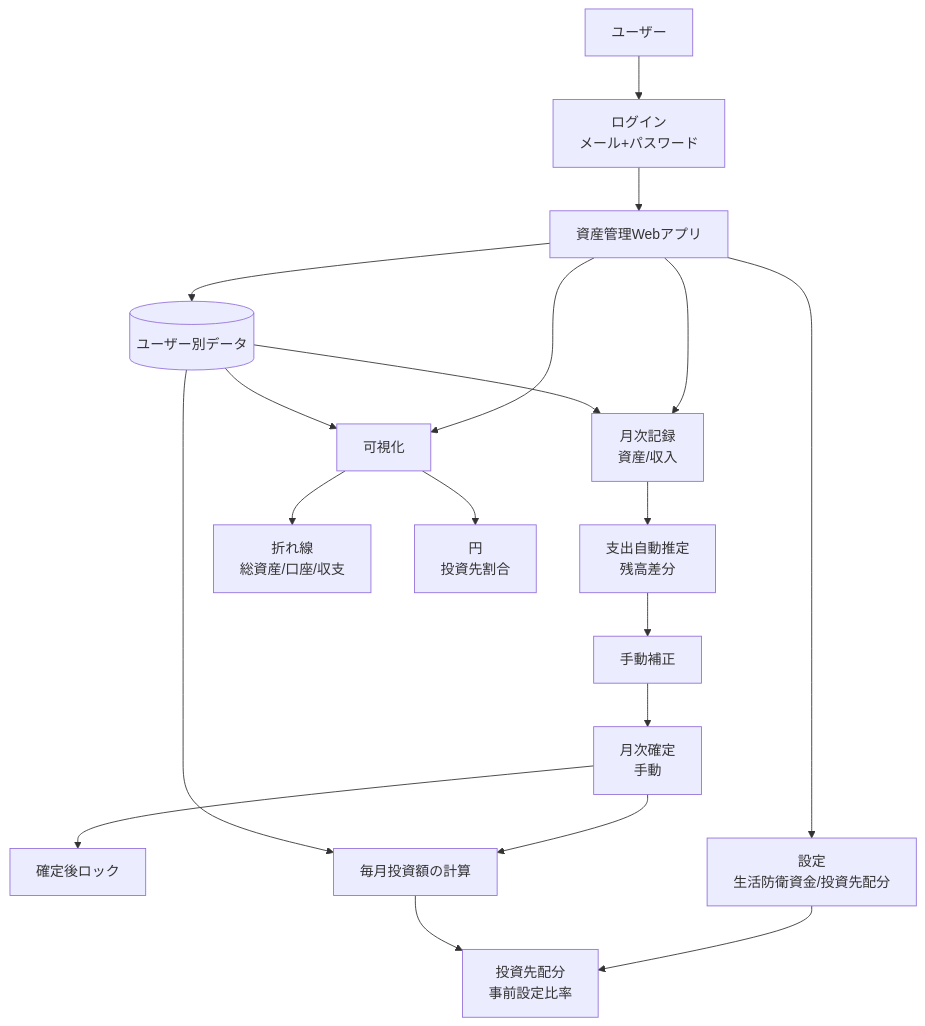
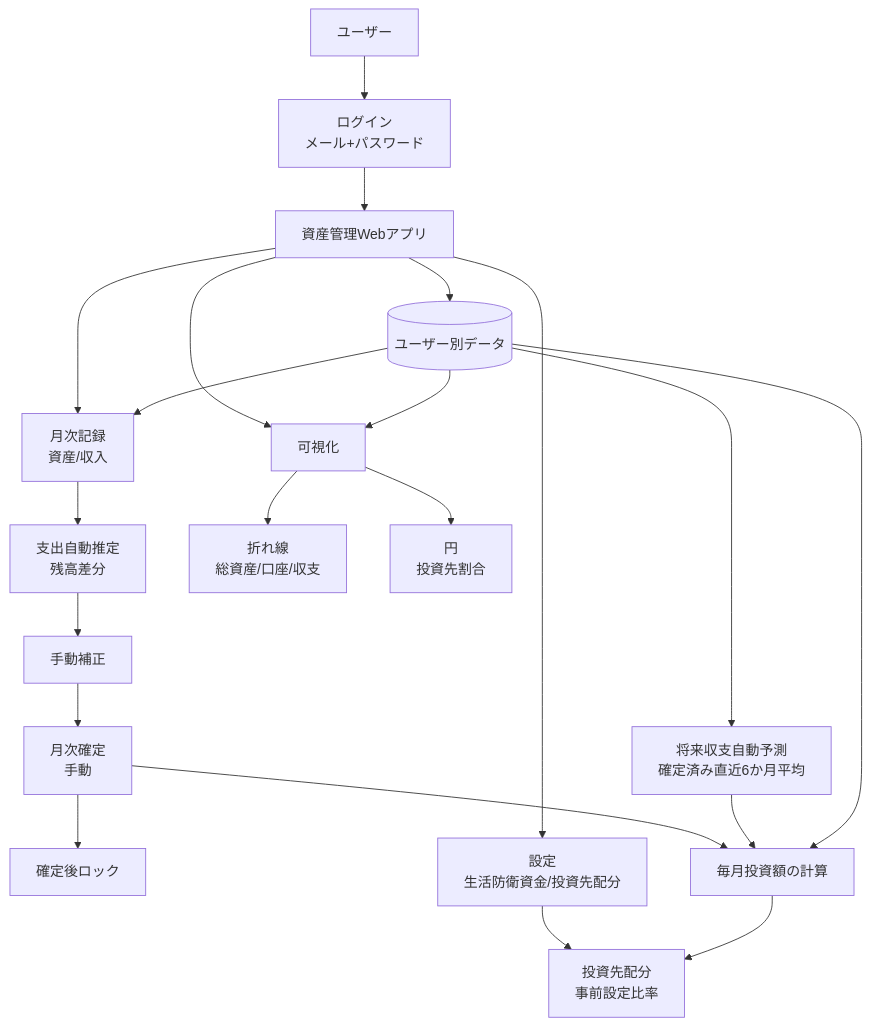
One commit to ogihaya/asset-management-ver3 changed the diagram in docs/requirements/public/OVERVIEW.md. Above: the diagram before and after it, drawn with Mermaid. The commit also changed other lines of this file and 2 other files, not shown here.

````diff
--- a/docs/requirements/public/OVERVIEW.md
+++ b/docs/requirements/public/OVERVIEW.md
@@ -27,21 +28,23 @@
 ```mermaid
 graph TD
     U[ユーザー] --> L[ログイン<br/>メール+パスワード]
     L --> A[資産管理Webアプリ]
     A --> D[(ユーザー別データ)]
     A --> R[月次記録<br/>資産/収入]
     R --> E[支出自動推定<br/>残高差分]
     E --> M[手動補正]
     M --> C[月次確定<br/>手動]
     C --> K[確定後ロック]
     C --> I[毎月投資額の計算]
     A --> S[設定<br/>生活防衛資金/投資先配分]
+    D --> F[将来収支自動予測<br/>確定済み直近6か月平均]
+    F --> I
     S --> P[投資先配分<br/>事前設定比率]
     I --> P
     A --> V[可視化]
     V --> G1[折れ線<br/>総資産/口座/収支]
     V --> G2[円<br/>投資先割合]
     D --> R
     D --> I
     D --> V
 ```
````
